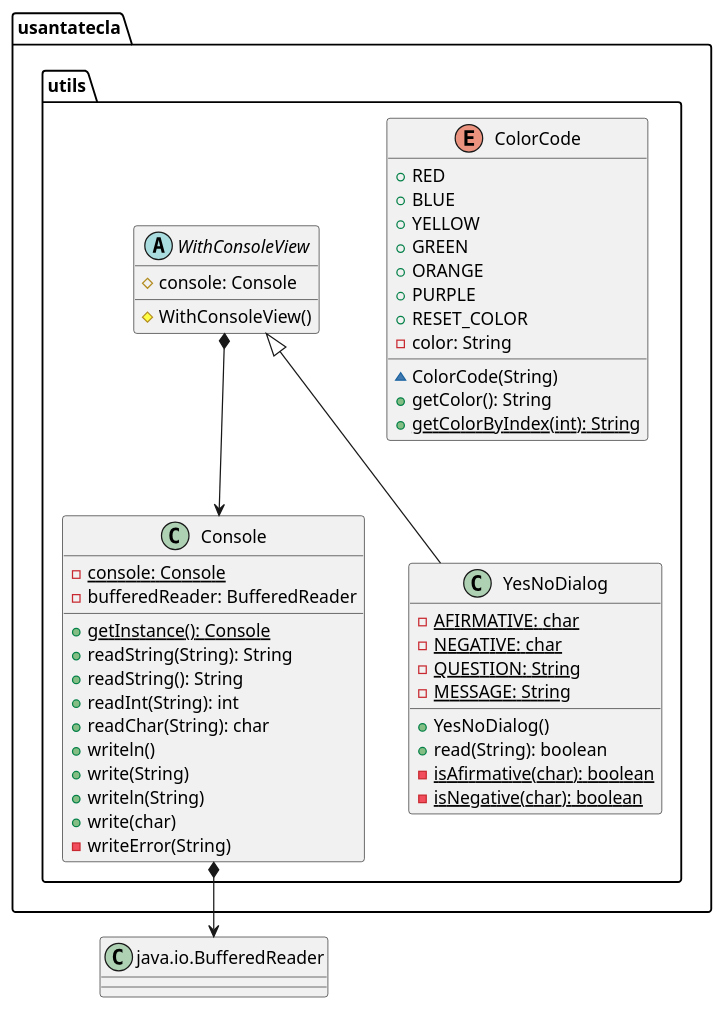
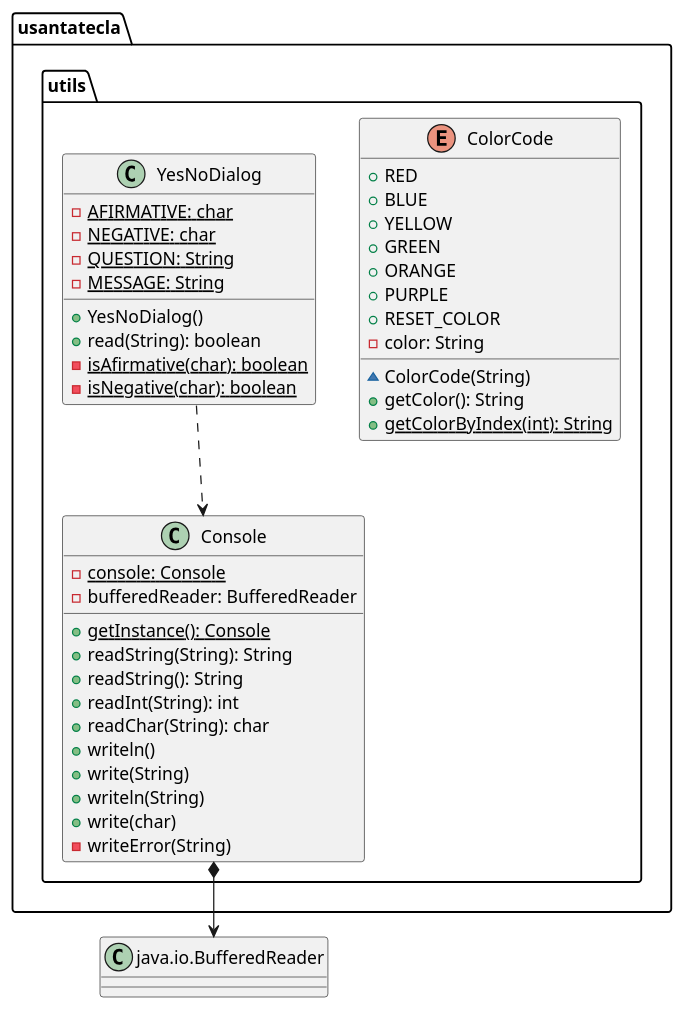
Before and after one commit to SantaTecla-mastermind/solution.java.swing.socket.sql: the sixth of 6 diagrams in documentView/withoutFactoryMethod/docs/diagrams/src/paquetes.plantuml, drawn with PlantUML. The commit also changed other lines of this file and 4 other files, not shown here.

Commit message:
[withoutFactory] Cambiado paquete graphics para adaptarlo al null patron. Cambiados diagramas para visualizar cambios

```diff
--- a/documentView/withoutFactoryMethod/docs/diagrams/src/paquetes.plantuml
+++ b/documentView/withoutFactoryMethod/docs/diagrams/src/paquetes.plantuml
@@ -265,51 +274,45 @@
 @startuml usantatecla.utils
 class BufferedReader as "java.io.BufferedReader"{}
 
 enum usantatecla.utils.ColorCode{
 + RED
 + BLUE
 + YELLOW
 + GREEN
 + ORANGE
 + PURPLE
 + RESET_COLOR
 - color: String
 ~ ColorCode(String)
 + getColor(): String
 + {static} getColorByIndex(int): String
 }
 
 class usantatecla.utils.Console{
 - {static} console: Console
 - bufferedReader: BufferedReader
 + {static} getInstance(): Console
 + readString(String): String
 + readString(): String
 + readInt(String): int
 + readChar(String): char
 + writeln()
 + write(String)
 + writeln(String)
 + write(char)
 - writeError(String)
 }
 usantatecla.utils.Console *-down-> BufferedReader
 
-abstract class usantatecla.utils.WithConsoleView{
-# console: Console
-# WithConsoleView()
-}
-usantatecla.utils.WithConsoleView *-down-> usantatecla.utils.Console
-
 class  usantatecla.utils.YesNoDialog{
 - {static} AFIRMATIVE: char
 - {static} NEGATIVE: char
 - {static} QUESTION: String
 - {static} MESSAGE: String
 + YesNoDialog()
 + read(String): boolean
 - {static} isAfirmative(char): boolean
 - {static} isNegative(char): boolean
 }
-usantatecla.utils.WithConsoleView <|-down- usantatecla.utils.YesNoDialog
+usantatecla.utils.YesNoDialog ..> usantatecla.utils.Console
 @enduml
```
